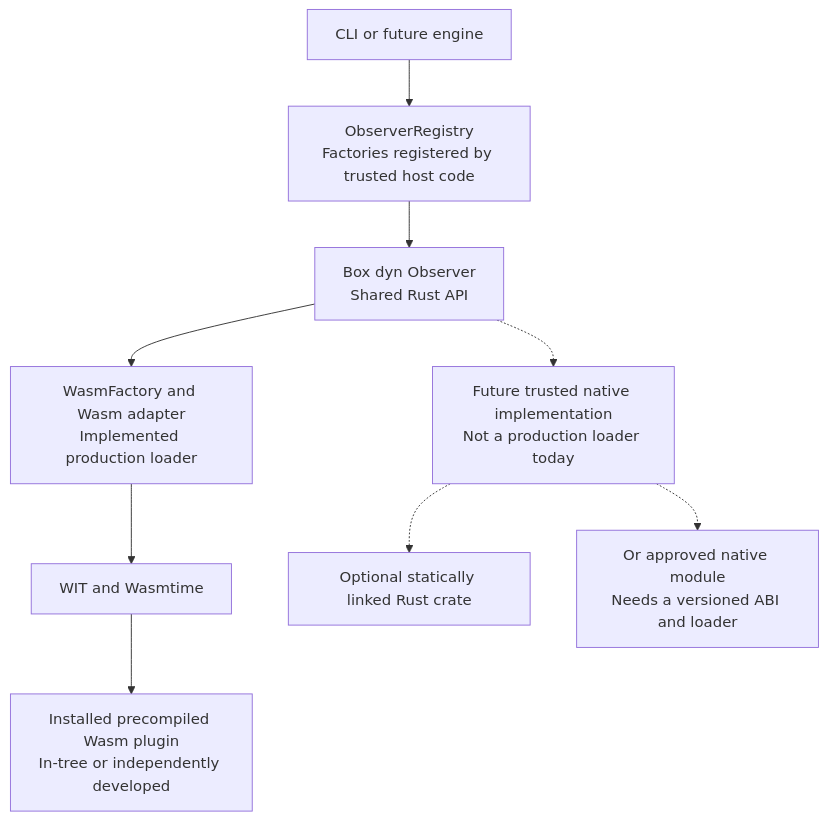
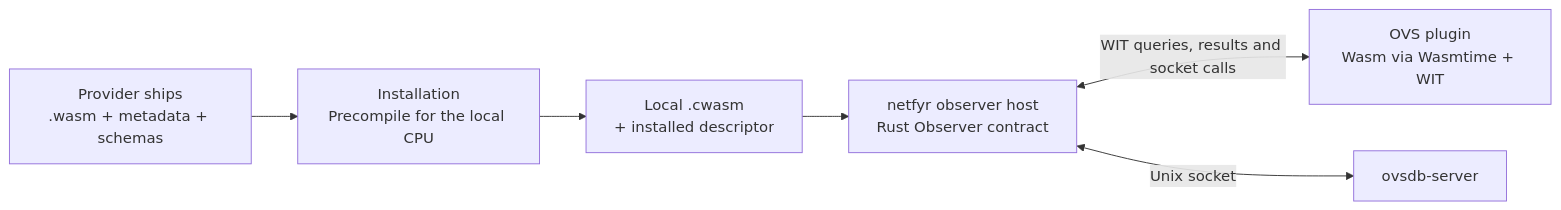
The diagram in docs/plugin-poc.md (qinqon/netfyr), drawn with Mermaid before and after one commit. The commit also changed other lines of this file and 2 other files, not shown here.

````diff
--- a/docs/plugin-poc.md
+++ b/docs/plugin-poc.md
@@ -105,11 +16,12 @@
 ```mermaid
-flowchart TB
-    Engine["CLI or future engine"] --> Registry["ObserverRegistry<br/>Factories registered by trusted host code"]
-    Registry --> Contract["Box dyn Observer<br/>Shared Rust API"]
-    Contract --> Wasm["WasmFactory and Wasm adapter<br/>Implemented production loader"]
-    Wasm --> WIT["WIT and Wasmtime"]
-    WIT --> Guest["Installed precompiled Wasm plugin<br/>In-tree or independently developed"]
-    Contract -.-> Native["Future trusted native implementation<br/>Not a production loader today"]
-    Native -.-> Builtin["Optional statically linked Rust crate"]
-    Native -.-> Library["Or approved native module<br/>Needs a versioned ABI and loader"]
+flowchart LR
+    Provider["Provider ships<br/>.wasm + metadata + schemas"]
+    Install["Installation<br/>Precompile for the local CPU"]
+    Package["Local .cwasm<br/>+ installed descriptor"]
+    Host["netfyr observer host<br/>Rust Observer contract"]
+    Guest["OVS plugin<br/>Wasm via Wasmtime + WIT"]
+    DB["ovsdb-server"]
+    Provider --> Install --> Package --> Host
+    Host <-->|WIT queries, results and socket calls| Guest
+    Host <-->|Unix socket| DB
 ```
````
